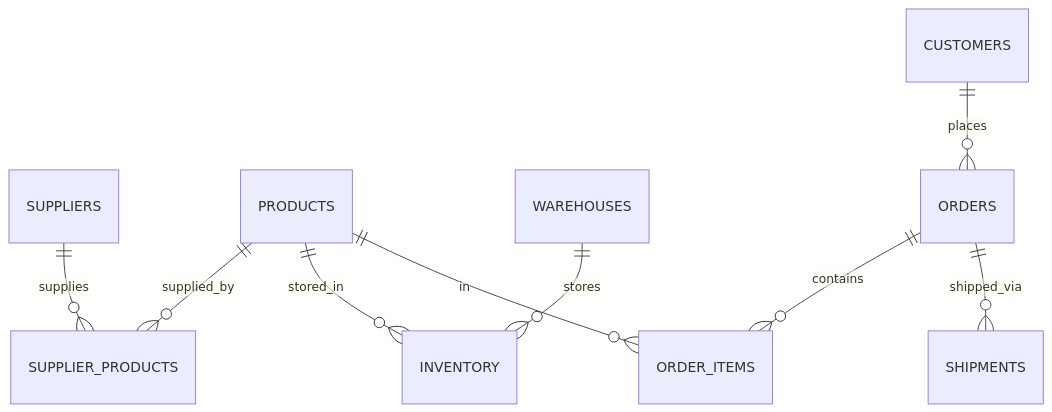
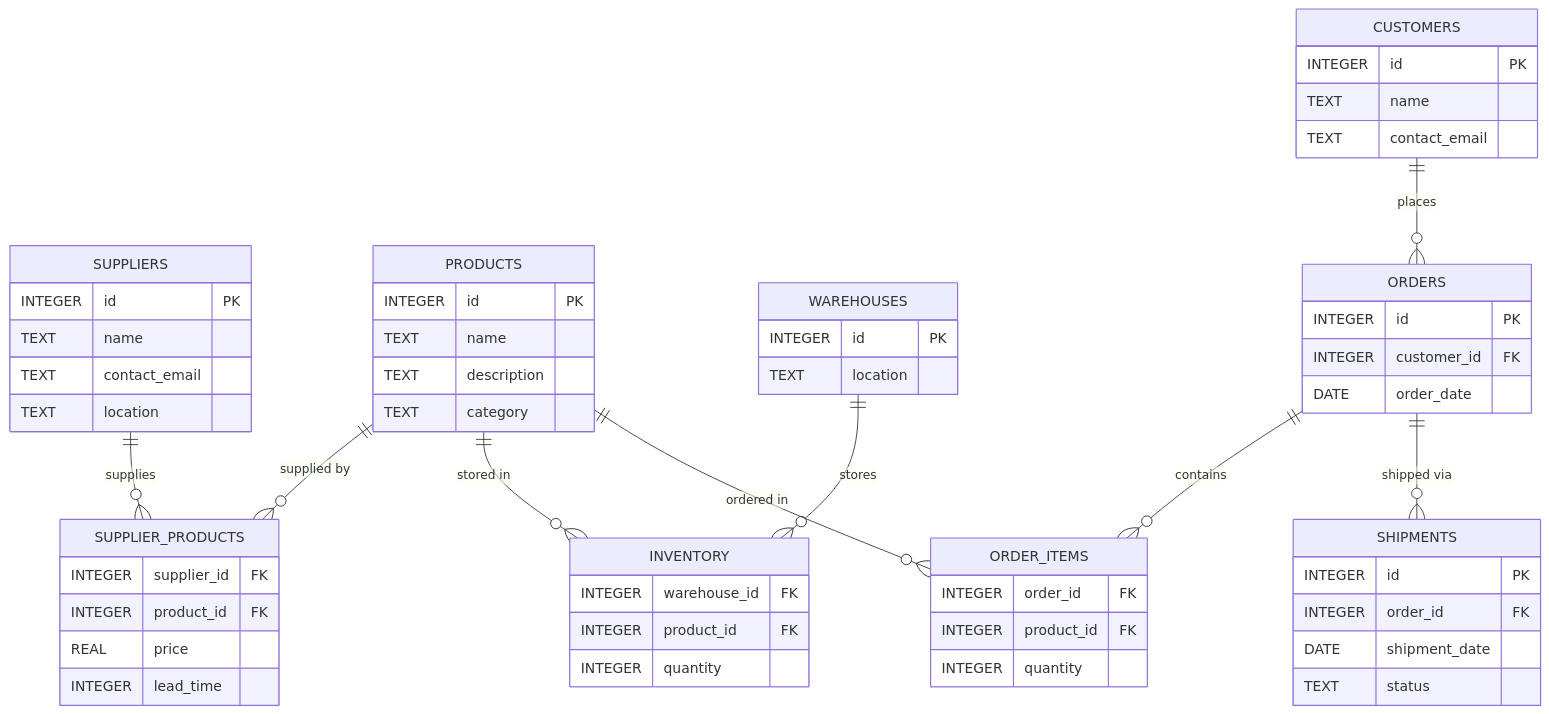
The diagram in DESIGN.md (Jvs12345/C550-SQL-assignment-Jorn-van-Schagen), drawn with Mermaid before and after one commit. The commit also changed other lines of this file and 2 other files, not shown here.

Commit message:
Final submission: updated DESIGN.md with video link, design rationale, and full ER diagram; expanded schema.sql comments; enriched queries.sql with more sample data and advanced queries

````diff
--- a/DESIGN.md
+++ b/DESIGN.md
@@ -101,11 +140,60 @@
 ```mermaid
 erDiagram
-    SUPPLIERS ||--o{ SUPPLIER_PRODUCTS : supplies
-    PRODUCTS ||--o{ SUPPLIER_PRODUCTS : supplied_by
-    PRODUCTS ||--o{ INVENTORY : stored_in
-    WAREHOUSES ||--o{ INVENTORY : stores
-    CUSTOMERS ||--o{ ORDERS : places
-    ORDERS ||--o{ ORDER_ITEMS : contains
-    PRODUCTS ||--o{ ORDER_ITEMS : in
-    ORDERS ||--o{ SHIPMENTS : shipped_via
+    SUPPLIERS {
+        INTEGER id PK
+        TEXT name
+        TEXT contact_email
+        TEXT location
+    }
+    PRODUCTS {
+        INTEGER id PK
+        TEXT name
+        TEXT description
+        TEXT category
+    }
+    SUPPLIER_PRODUCTS {
+        INTEGER supplier_id FK
+        INTEGER product_id FK
+        REAL price
+        INTEGER lead_time
+    }
+    WAREHOUSES {
+        INTEGER id PK
+        TEXT location
+    }
+    INVENTORY {
+        INTEGER warehouse_id FK
+        INTEGER product_id FK
+        INTEGER quantity
+    }
+    CUSTOMERS {
+        INTEGER id PK
+        TEXT name
+        TEXT contact_email
+    }
+    ORDERS {
+        INTEGER id PK
+        INTEGER customer_id FK
+        DATE order_date
+    }
+    ORDER_ITEMS {
+        INTEGER order_id FK
+        INTEGER product_id FK
+        INTEGER quantity
+    }
+    SHIPMENTS {
+        INTEGER id PK
+        INTEGER order_id FK
+        DATE shipment_date
+        TEXT status
+    }
+
+    SUPPLIERS ||--o{ SUPPLIER_PRODUCTS : "supplies"
+    PRODUCTS ||--o{ SUPPLIER_PRODUCTS : "supplied by"
+    PRODUCTS ||--o{ INVENTORY : "stored in"
+    WAREHOUSES ||--o{ INVENTORY : "stores"
+    CUSTOMERS ||--o{ ORDERS : "places"
+    ORDERS ||--o{ ORDER_ITEMS : "contains"
+    PRODUCTS ||--o{ ORDER_ITEMS : "ordered in"
+    ORDERS ||--o{ SHIPMENTS : "shipped via"
 ```
````
